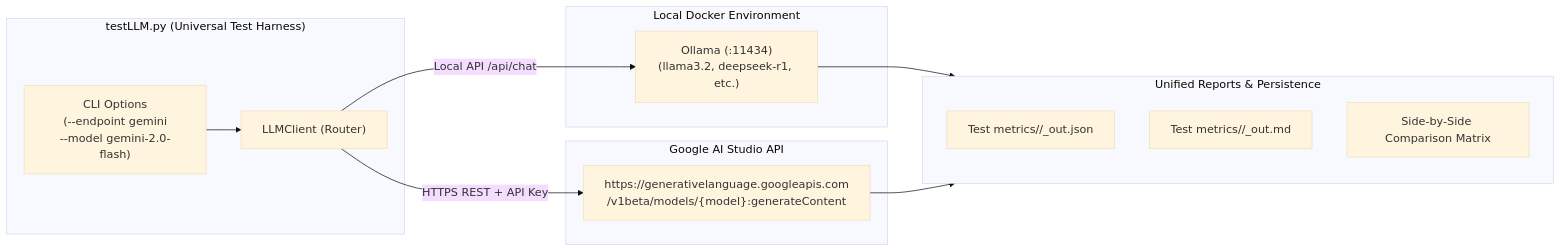
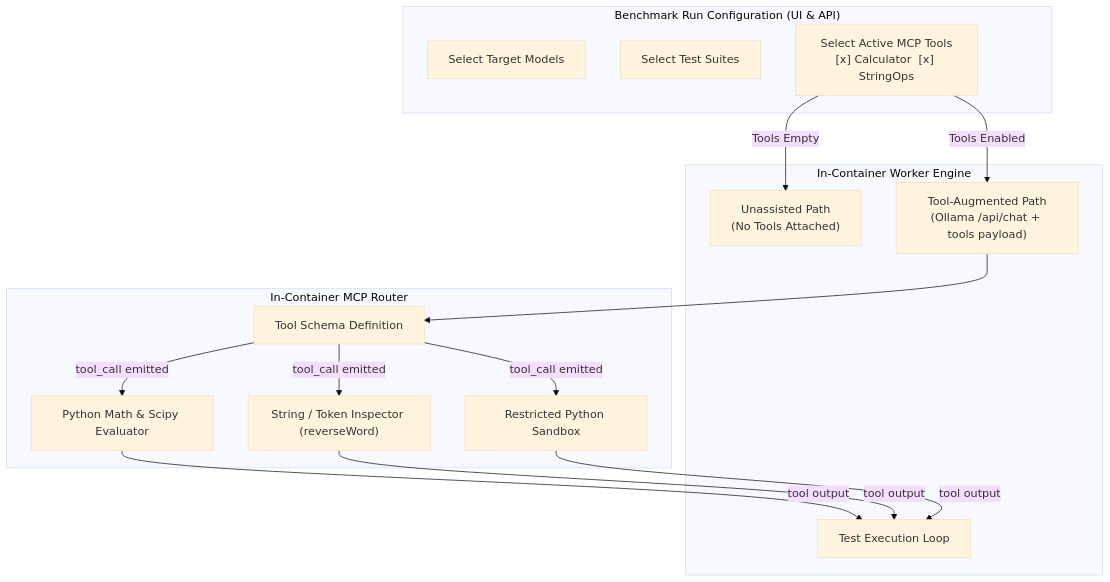
The second of 3 diagrams in roadmap.md (p-madin/Docker-Llama-LLM), drawn with Mermaid (base theme) before and after one commit. The commit also changed other lines of this file and 8 other files, not shown here.

Commit message:
Prepare for new roadmap

````diff
--- a/roadmap.md
+++ b/roadmap.md
@@ -71,27 +62,31 @@
 ```mermaid
-graph LR
-    subgraph TestRunner["testLLM.py (Universal Test Harness)"]
-        CLI["CLI Options<br/>(--endpoint gemini<br/>--model gemini-2.0-flash)"]
-        Client["LLMClient (Router)"]
+graph TD
+    subgraph Benchmark_Config["Benchmark Run Configuration (UI & API)"]
+        SelectModel["Select Target Models"]
+        SelectSuites["Select Test Suites"]
+        SelectTools["Select Active MCP Tools<br/>[x] Calculator  [x] StringOps"]
     end
 
-    subgraph LocalEngine["Local Docker Environment"]
-        OllamaHost["Ollama (:11434)<br/>(llama3.2, deepseek-r1, etc.)"]
+    subgraph EvaluationEngine["In-Container Worker Engine"]
+        Runner["Test Execution Loop"]
+        PurePath["Unassisted Path<br/>(No Tools Attached)"]
+        ToolPath["Tool-Augmented Path<br/>(Ollama /api/chat + tools payload)"]
     end
 
-    subgraph GoogleCloud["Google AI Studio API"]
-        GeminiAPI["https://generativelanguage.googleapis.com<br/>/v1beta/models/{model}:generateContent"]
+    subgraph ToolRouter["In-Container MCP Router"]
+        Schema["Tool Schema Definition"]
+        PyCalc["Python Math & Scipy Evaluator"]
+        StrTools["String / Token Inspector (reverseWord)"]
+        CodeSandbox["Restricted Python Sandbox"]
     end
 
-    subgraph Outputs["Unified Reports & Persistence"]
-        JSONStore["Test metrics/<model>/<timestamp>_out.json"]
-        MDStore["Test metrics/<model>/<timestamp>_out.md"]
-        Console["Side-by-Side Comparison Matrix"]
-    end
-
-    CLI --> Client
-    Client -->|Local API /api/chat| OllamaHost
-    Client -->|HTTPS REST + API Key| GeminiAPI
-    OllamaHost --> Outputs
-    GeminiAPI --> Outputs
+    SelectTools -->|Tools Enabled| ToolPath
+    SelectTools -->|Tools Empty| PurePath
+    ToolPath --> Schema
+    Schema -->|tool_call emitted| PyCalc
+    Schema -->|tool_call emitted| StrTools
+    Schema -->|tool_call emitted| CodeSandbox
+    PyCalc -->|tool output| Runner
+    StrTools -->|tool output| Runner
+    CodeSandbox -->|tool output| Runner
 ```
````
